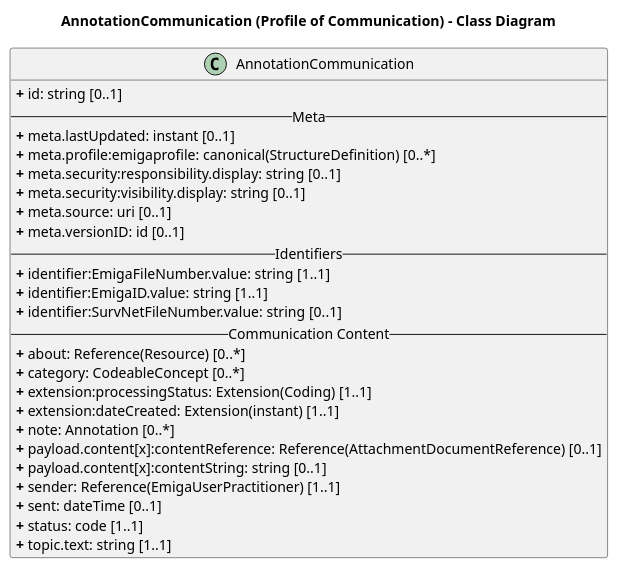
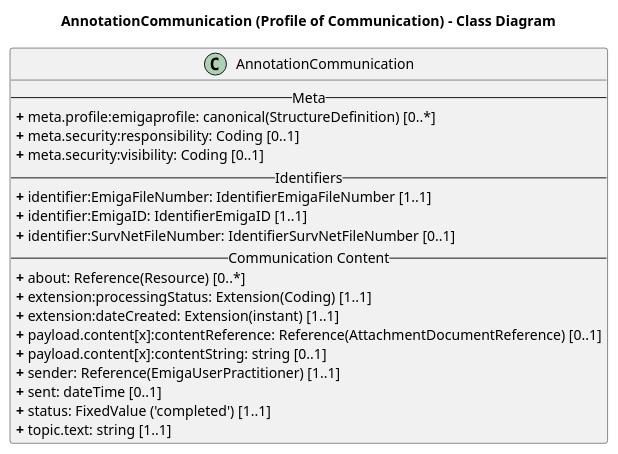
The diagram in rki.emiga.common/PlantUML/AnnotationCommunication.puml (robert-koch-institut/rki.emiga.common), drawn with PlantUML before and after one commit. The commit also changed 2 other files, not shown here.

```diff
--- a/rki.emiga.common/PlantUML/AnnotationCommunication.puml
+++ b/rki.emiga.common/PlantUML/AnnotationCommunication.puml
@@ -1,33 +1,28 @@
 @startuml
+skinparam linetype ortho
+
 title AnnotationCommunication (Profile of Communication) - Class Diagram
 
 ' Main Class
 class AnnotationCommunication{
-' TODO andere IDs ignorieren wir?
-<b>+</b> id: string [0..1]
 -- Meta --
-<b>+</b> meta.lastUpdated: instant [0..1] 
 <b>+</b> meta.profile:emigaprofile: canonical(StructureDefinition) [0..*]
-<b>+</b> meta.security:responsibility.display: string [0..1]
-<b>+</b> meta.security:visibility.display: string [0..1]
-<b>+</b> meta.source: uri [0..1] 
-<b>+</b> meta.versionID: id [0..1] 
+<b>+</b> meta.security:responsibility: Coding [0..1]
+<b>+</b> meta.security:visibility: Coding [0..1]
 -- Identifiers --
-<b>+</b> identifier:EmigaFileNumber.value: string [1..1] 
-<b>+</b> identifier:EmigaID.value: string [1..1] 
-<b>+</b> identifier:SurvNetFileNumber.value: string [0..1] 
+<b>+</b> identifier:EmigaFileNumber: IdentifierEmigaFileNumber [1..1]
+<b>+</b> identifier:EmigaID: IdentifierEmigaID [1..1]
+<b>+</b> identifier:SurvNetFileNumber: IdentifierSurvNetFileNumber [0..1]
 -- Communication Content --
 <b>+</b> about: Reference(Resource) [0..*] 
-<b>+</b> category: CodeableConcept [0..*]
 <b>+</b> extension:processingStatus: Extension(Coding) [1..1]
 <b>+</b> extension:dateCreated: Extension(instant) [1..1]
-<b>+</b> note: Annotation [0..*]
 <b>+</b> payload.content[x]:contentReference: Reference(AttachmentDocumentReference) [0..1]
 <b>+</b> payload.content[x]:contentString: string [0..1]
 <b>+</b> sender: Reference(EmigaUserPractitioner) [1..1] 
 <b>+</b> sent: dateTime [0..1]
-<b>+</b> status: code [1..1]
+<b>+</b> status: FixedValue ('completed') [1..1]
 <b>+</b> topic.text: string [1..1] 
 }
 
 @enduml
```
